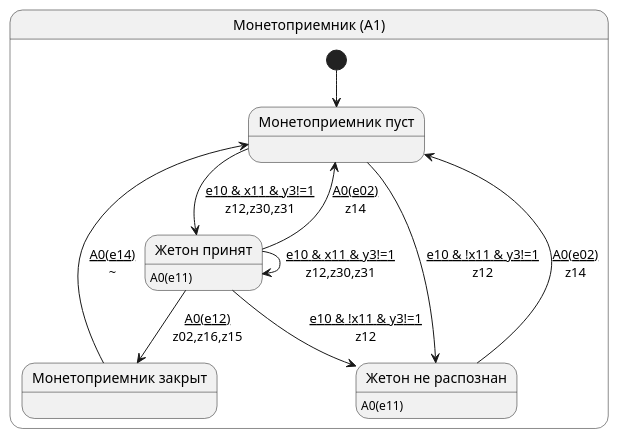
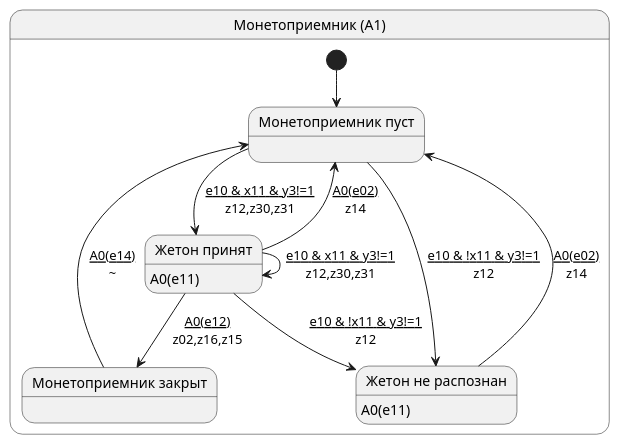
One commit to PhoenixNazarov/fsm-multiply changed the diagram in articles/multiply_many_nested/puml/a1.puml. Above: the diagram before and after it, drawn with PlantUML. The commit also changed 13 other files, not shown here.

First line of the commit message:
Regenerate article diagrams/tables/PDF for A4 and fixed nested toUML()

```diff
--- a/articles/multiply_many_nested/puml/a1.puml
+++ b/articles/multiply_many_nested/puml/a1.puml
@@ -1,18 +1,18 @@
 @startuml
 skinparam backgroundColor white
 state "Монетоприемник (A1)" as A1 {
     [*] --> A10
-    state "Монетоприемник пуст" as A10 :  
-    state "Монетоприемник закрыт" as A13 :  
-    state "Жетон принят" as A11 :  A0(e11)
-    state "Жетон не распознан" as A12 :  A0(e11)
+    state "Монетоприемник пуст" as A10 : 
+    state "Монетоприемник закрыт" as A13 : 
+    state "Жетон принят" as A11 : <size:14>A0(e11)
+    state "Жетон не распознан" as A12 : <size:14>A0(e11)
     A10 --> A11 : <u>e10 & x11 & y3!=1\nz12,z30,z31
     A10 --> A12 : <u>e10 & !x11 & y3!=1\nz12
     A11 --> A11 : <u>e10 & x11 & y3!=1\nz12,z30,z31
     A11 --> A10 : <u>A0(e02)\nz14
     A11 --> A13 : <u>A0(e12)\nz02,z16,z15
     A11 --> A12 : <u>e10 & !x11 & y3!=1\nz12
     A12 --> A10 : <u>A0(e02)\nz14
     A13 --> A10 : <u>A0(e14)\n~
 }
 @enduml
```
